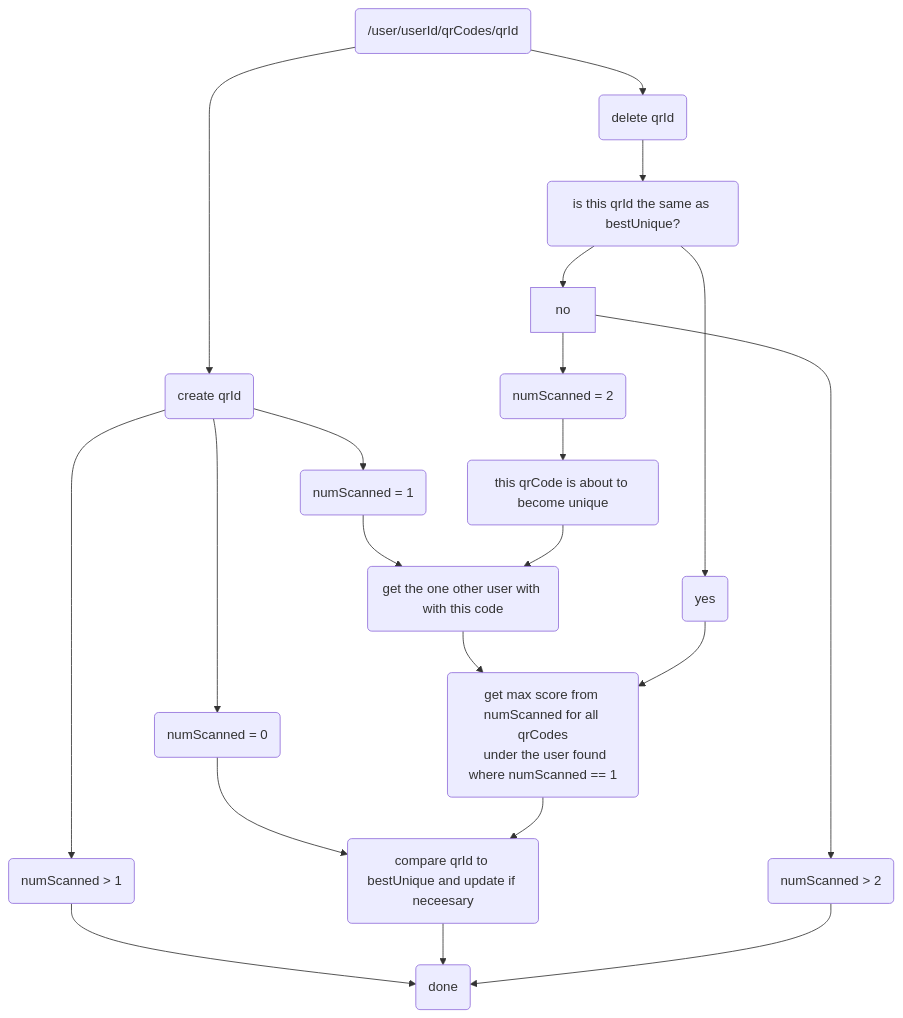
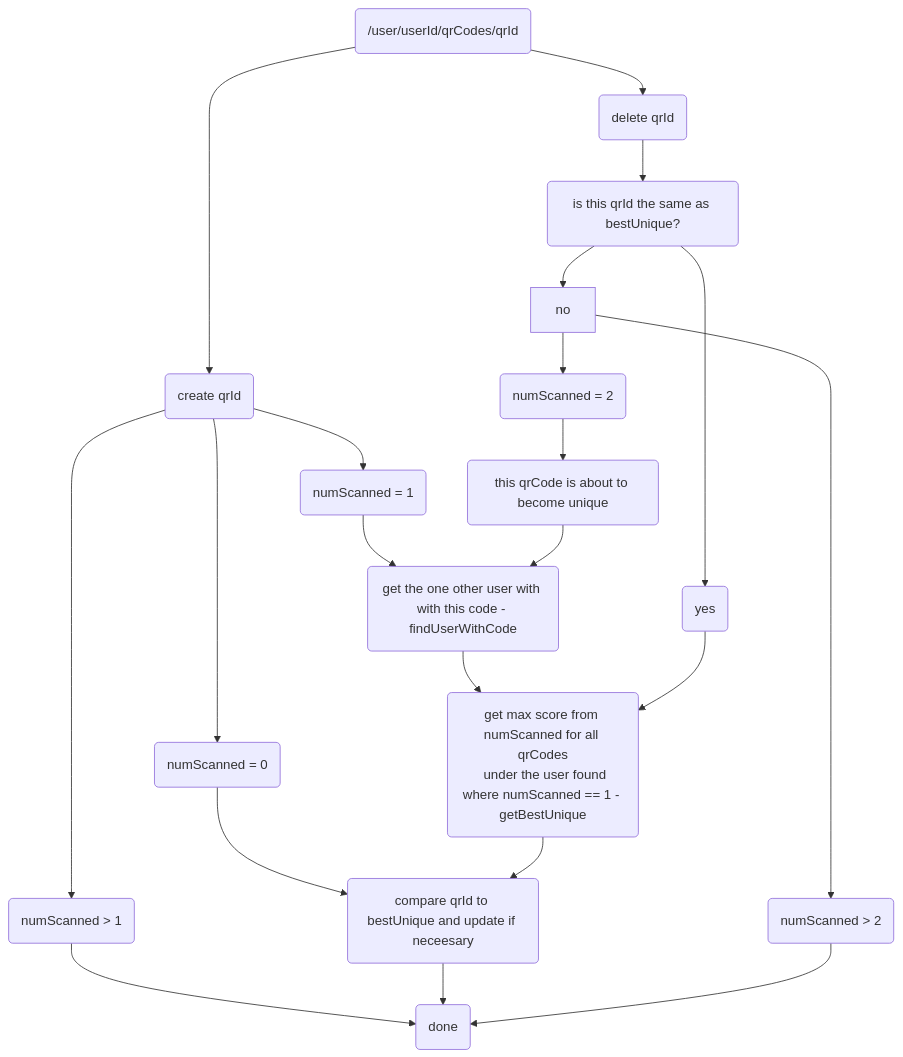
The diagram in README.md (CMPUT301W22T00/QRHuntCloudFunctions), drawn with Mermaid before and after one commit. The commit also changed 4 other files, not shown here.

````diff
--- a/README.md
+++ b/README.md
@@ -16,25 +16,25 @@
 ```mermaid
 flowchart TB
     id1(/user/userId/qrCodes/qrId) --> create(create qrId)
     id1 --> delete(delete qrId)
     create --> id2(numScanned = 0)
     id2 --> t(compare qrId to bestUnique and update if neceesary)
     create --> id3(numScanned = 1)
-    id3 --> id4(get the one other user with with this code)
-    id4 --> id5(get max score from numScanned for all qrCodes\n under the user found\nwhere numScanned == 1)
+    id3 --> id4(get the one other user with with this code - findUserWithCode)
+    id4 --> id5(get max score from numScanned for all qrCodes\n under the user found\nwhere numScanned == 1 - getBestUnique)
     id5 --> t
     create --> id7(numScanned > 1)
     id7 --> _(done)
     
     delete --> id8(is this qrId the same as bestUnique?)
     id8 --> y8(yes)
     y8 --> id5
     id8 --> no
     no --> n8_2(numScanned = 2)
     n8_2 --> n8_21(this qrCode is about to become unique)
     n8_21 --> id4
     t --> _
     
     no --> n8_gt2(numScanned > 2)
     n8_gt2 --> _
 ```
````
